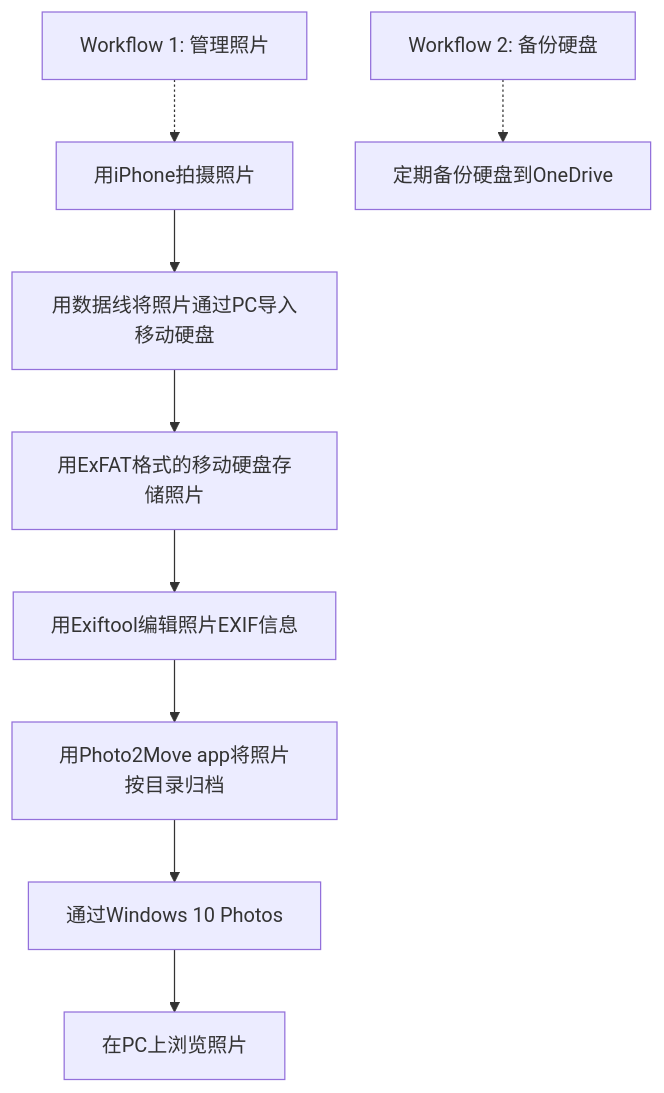
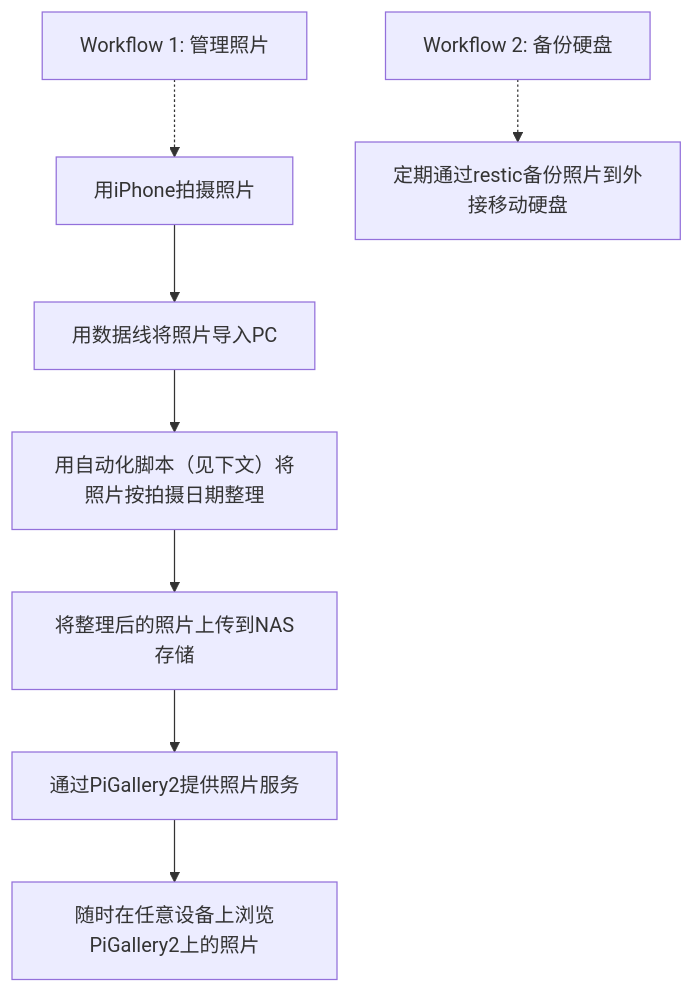
Before and after one commit to goooooouwa/writings: the diagram in _wiki/how-to/整理照片.md, drawn with Mermaid. The commit also changed other lines of this file, not shown here.

```diff
--- a/_wiki/how-to/整理照片.md
+++ b/_wiki/how-to/整理照片.md
@@ -8,17 +8,15 @@
 <div class="mermaid">
     graph TD
     T1[Workflow 1: 管理照片] -.-> E
 
     E[用iPhone拍摄照片]
-    E --> G[用数据线将照片通过PC导入移动硬盘]
-    G --> A[用ExFAT格式的移动硬盘存储照片]
-    A --> H[用Exiftool编辑照片EXIF信息]
-    H --> C[用Photo2Move app将照片按目录归档]
-    C --> B[通过Windows 10 Photos]
-    B --> D[在PC上浏览照片]
+    E --> G[用数据线将照片导入PC]
+    G --> H[用自动化脚本（见下文）将照片按拍摄日期整理]
+    H --> C[将整理后的照片上传到NAS存储]
+    C --> D[通过PiGallery2提供照片服务]
+    D --> B[随时在任意设备上浏览PiGallery2上的照片]
 
     T2[Workflow 2: 备份硬盘] -.-> I
 
-    I[定期备份硬盘到OneDrive]
-
+    I[定期通过restic备份照片到外接移动硬盘]
 </div>
```
